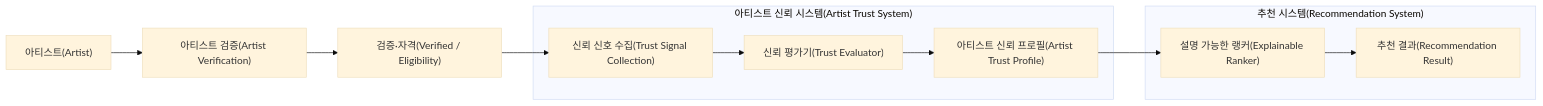
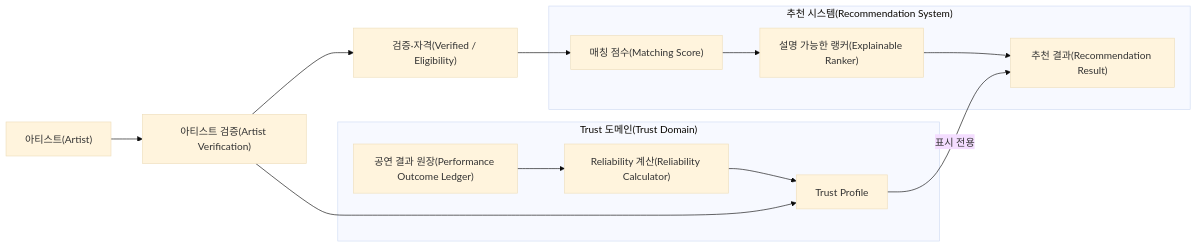
The first of 10 diagrams in docs/adr/artist_trust_architecture/01_artist_trust_architecture.md (nsuCapstoneTeam/NSU_CAPSTONE), drawn with Mermaid (base theme) before and after one commit. The commit also changed other lines of this file and 13 other files, not shown here.

First line of the commit message:
Docs: [NSU-20] Artist Reliability 설계 개정(reliability-v1)과 SSOT v1.4 반영 (#83)

````diff
--- a/docs/adr/artist_trust_architecture/01_artist_trust_architecture.md
+++ b/docs/adr/artist_trust_architecture/01_artist_trust_architecture.md
@@ -92,30 +113,35 @@
 ```mermaid
 flowchart LR
 
     Artist["아티스트(Artist)"]
 
     Artist --> Verification["아티스트 검증(Artist Verification)"]
 
     Verification --> Eligibility["검증·자격(Verified / Eligibility)"]
 
-    Eligibility --> Signal["신뢰 신호 수집(Trust Signal Collection)"]
+    Eligibility --> Matching["매칭 점수(Matching Score)"]
 
-    Signal --> Evaluator["신뢰 평가기(Trust Evaluator)"]
-
-    Evaluator --> Profile["아티스트 신뢰 프로필(Artist Trust Profile)"]
-
-    Profile --> Ranker["설명 가능한 랭커(Explainable Ranker)"]
+    Matching --> Ranker["설명 가능한 랭커(Explainable Ranker)"]
 
     Ranker --> Result["추천 결과(Recommendation Result)"]
 
-    subgraph TrustSystem["아티스트 신뢰 시스템(Artist Trust System)"]
-        Signal
-        Evaluator
+    Ledger["공연 결과 원장(Performance Outcome Ledger)"] --> Calculator["Reliability 계산(Reliability Calculator)"]
+
+    Calculator --> Profile["Trust Profile"]
+
+    Verification --> Profile
+
+    Profile -->|표시 전용| Result
+
+    subgraph TrustSystem["Trust 도메인(Trust Domain)"]
+        Ledger
+        Calculator
         Profile
     end
 
     subgraph RecommendationSystem["추천 시스템(Recommendation System)"]
+        Matching
         Ranker
         Result
     end
 ```
````
